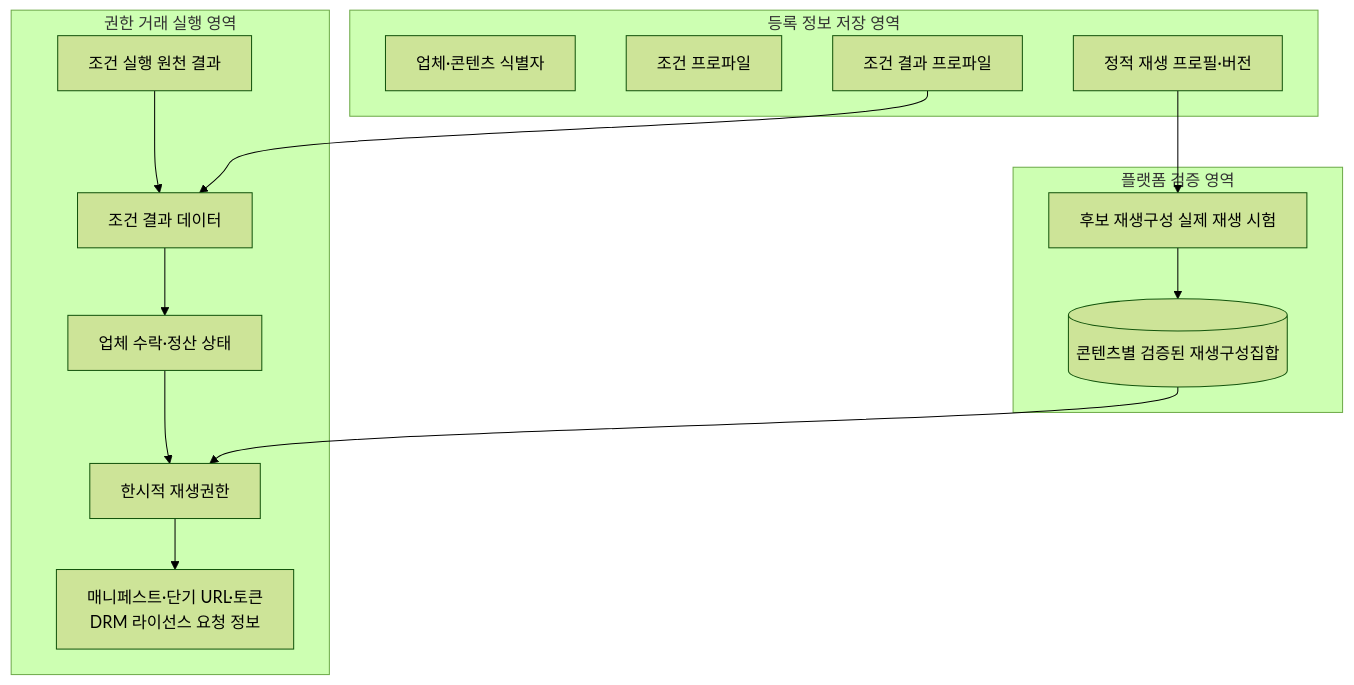
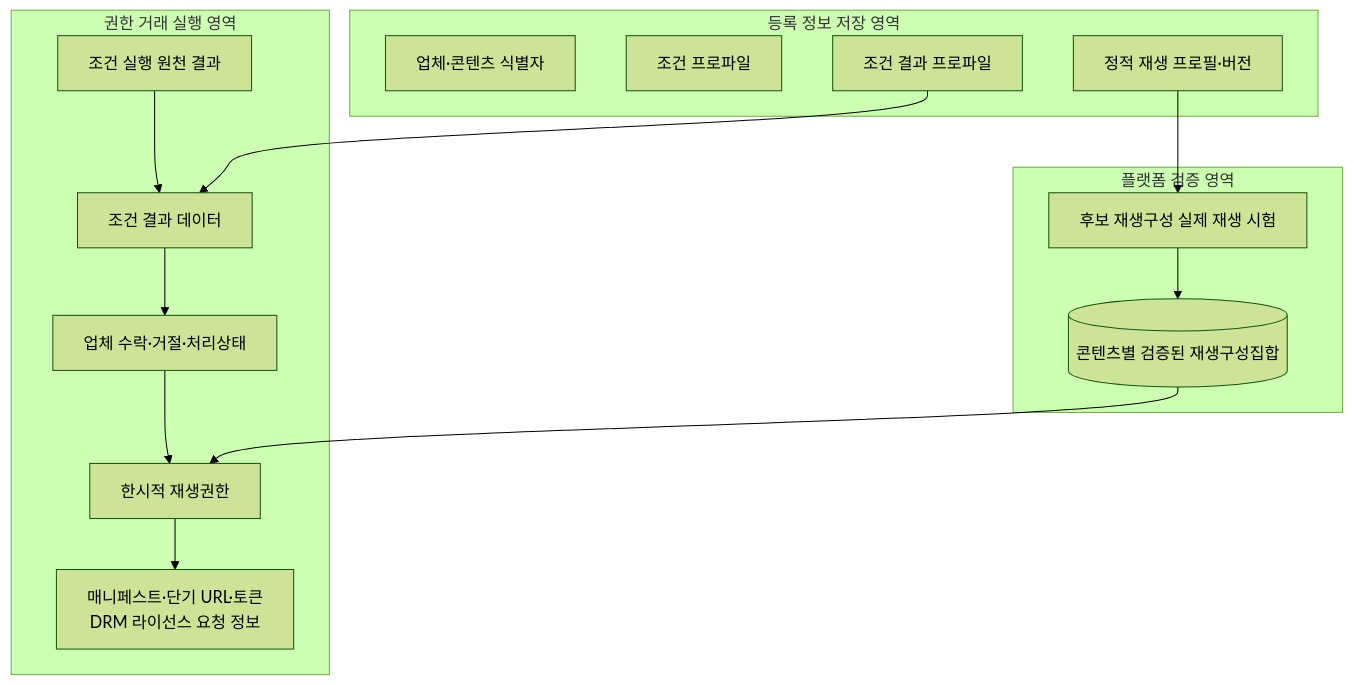
One commit to growdai1y/instant-play changed diagram 12 of 14 in instant_play_직무발명서_개선본.md. Above: the diagram before and after it, drawn with Mermaid (forest theme). The commit also changed other lines of this file and 1 other file, not shown here.

````diff
--- a/instant_play_직무발명서_개선본.md
+++ b/instant_play_직무발명서_개선본.md
@@ -1667,28 +1716,28 @@
 ```mermaid
 flowchart TB
     subgraph STATIC["등록 정보 저장 영역"]
         A["업체·콘텐츠 식별자"]
         B["조건 프로파일"]
         C["조건 결과 프로파일"]
         D["정적 재생 프로필·버전"]
     end
 
     subgraph VERIFIED["플랫폼 검증 영역"]
         E["후보 재생구성 실제 재생 시험"]
         F[("콘텐츠별 검증된 재생구성집합")]
         E --> F
     end
 
     subgraph DYNAMIC["권한 거래 실행 영역"]
         G["조건 실행 원천 결과"]
         H["조건 결과 데이터"]
-        I["업체 수락·정산 상태"]
+        I["업체 수락·거절·처리상태"]
         J["한시적 재생권한"]
         K["매니페스트·단기 URL·토큰<br/>DRM 라이선스 요청 정보"]
         G --> H --> I --> J --> K
     end
 
     D --> E
     C --> H
     F --> J
 ```
````
